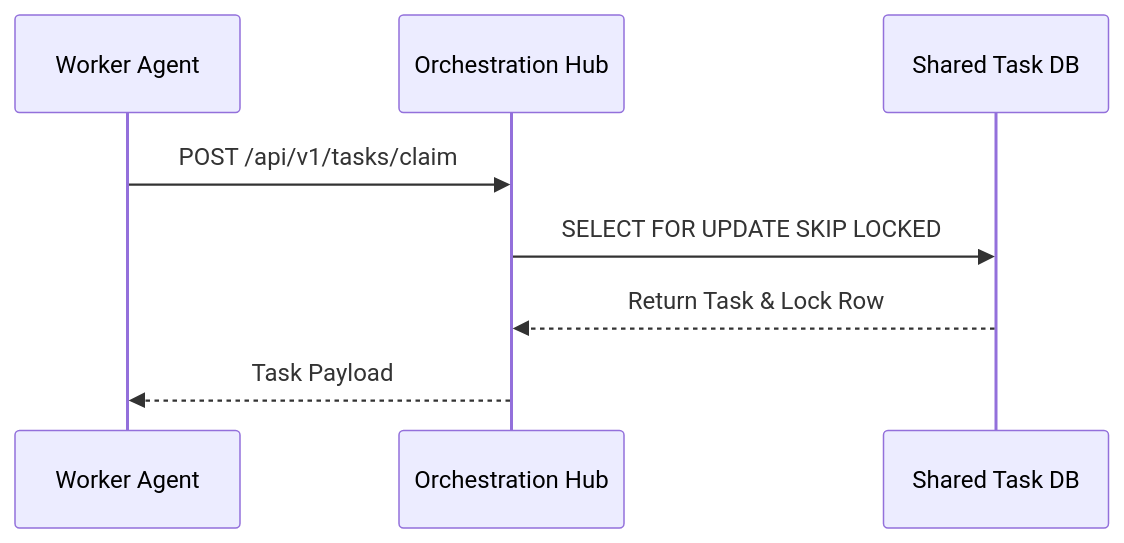
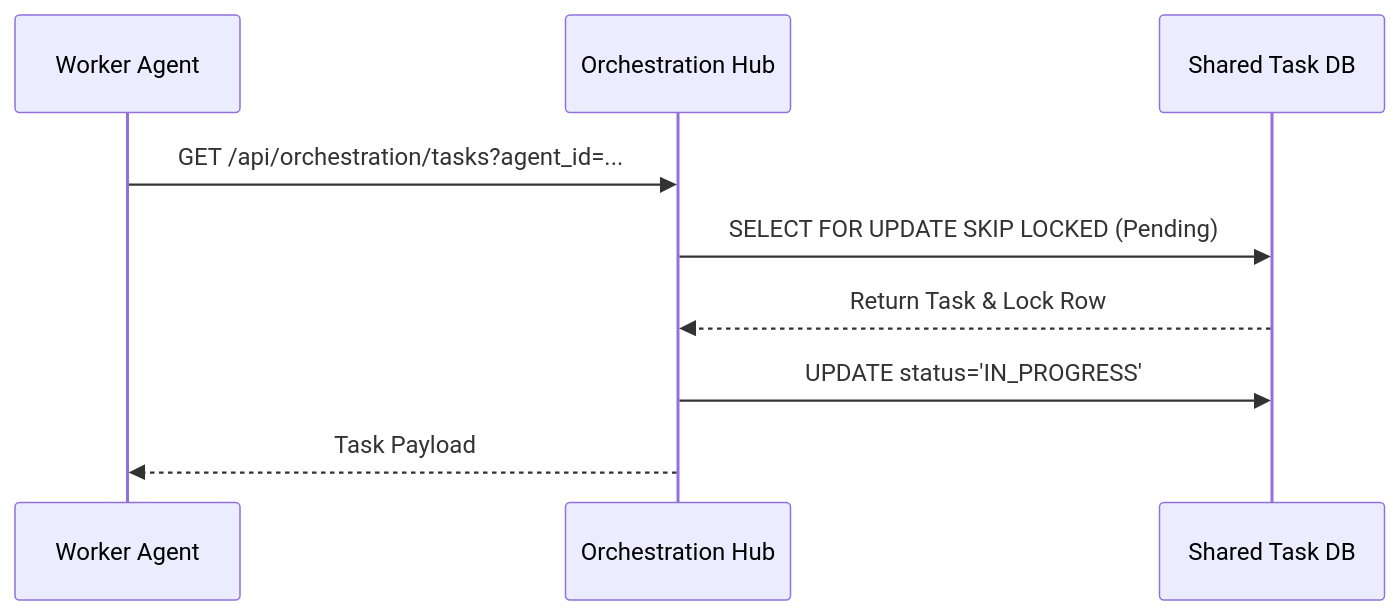
The second of 5 diagrams in docs/walkthroughs/kairos_interactive_api_playbook.md (omnisolo-llc/onehumancorp), drawn with Mermaid before and after one commit. The commit also changed other lines of this file and 2 other files, not shown here.

First line of the commit message:
🛡️ Sentinel: Interactive KAIROS API Playbook & Orchestration Cleanup (#6379)

````diff
--- a/docs/walkthroughs/kairos_interactive_api_playbook.md
+++ b/docs/walkthroughs/kairos_interactive_api_playbook.md
@@ -57,11 +55,12 @@
 ```mermaid
 sequenceDiagram
     participant Agent as Worker Agent
     participant Hub as Orchestration Hub
     participant DB as Shared Task DB
 
-    Agent->>Hub: POST /api/v1/tasks/claim
-    Hub->>DB: SELECT FOR UPDATE SKIP LOCKED
+    Agent->>Hub: GET /api/orchestration/tasks?agent_id=...
+    Hub->>DB: SELECT FOR UPDATE SKIP LOCKED (Pending)
     DB-->>Hub: Return Task & Lock Row
+    Hub->>DB: UPDATE status='IN_PROGRESS'
     Hub-->>Agent: Task Payload
 ```
````
